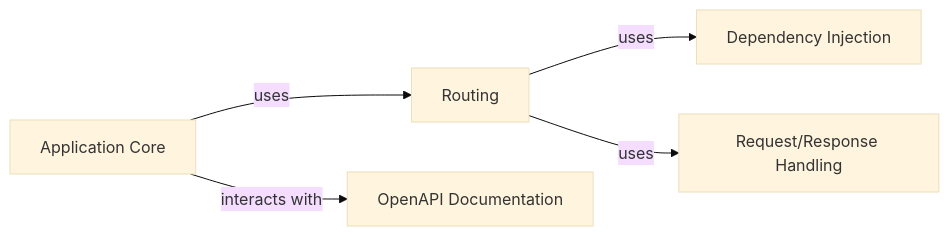
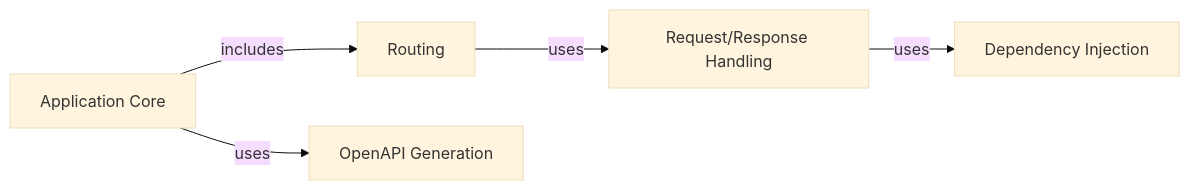
The diagram in fastapi/on_boarding.md (CodeBoarding/GeneratedOnBoardings), drawn with Mermaid (base theme) before and after one commit. The commit also changed other lines of this file and 6 other files, not shown here.

````diff
--- a/fastapi/on_boarding.md
+++ b/fastapi/on_boarding.md
@@ -1,16 +1,17 @@
 ```mermaid
 graph LR
     Application_Core["Application Core"]
     Routing["Routing"]
+    Request_Response_Handling["Request/Response Handling"]
     Dependency_Injection["Dependency Injection"]
-    Request_Response_Handling["Request/Response Handling"]
-    OpenAPI_Documentation["OpenAPI Documentation"]
-    Application_Core -- "uses" --> Routing
-    Application_Core -- "interacts with" --> OpenAPI_Documentation
-    Routing -- "uses" --> Dependency_Injection
+    OpenAPI_Generation["OpenAPI Generation"]
+    Application_Core -- "includes" --> Routing
+    Application_Core -- "uses" --> OpenAPI_Generation
     Routing -- "uses" --> Request_Response_Handling
+    Request_Response_Handling -- "uses" --> Dependency_Injection
     click Application_Core href "https://github.com/CodeBoarding/GeneratedOnBoardings/blob/main/fastapi/Application_Core.md" "Details"
     click Routing href "https://github.com/CodeBoarding/GeneratedOnBoardings/blob/main/fastapi/Routing.md" "Details"
+    click Request_Response_Handling href "https://github.com/CodeBoarding/GeneratedOnBoardings/blob/main/fastapi/Request_Response_Handling.md" "Details"
     click Dependency_Injection href "https://github.com/CodeBoarding/GeneratedOnBoardings/blob/main/fastapi/Dependency_Injection.md" "Details"
-    click OpenAPI_Documentation href "https://github.com/CodeBoarding/GeneratedOnBoardings/blob/main/fastapi/OpenAPI_Documentation.md" "Details"
+    click OpenAPI_Generation href "https://github.com/CodeBoarding/GeneratedOnBoardings/blob/main/fastapi/OpenAPI_Generation.md" "Details"
 ```
````
